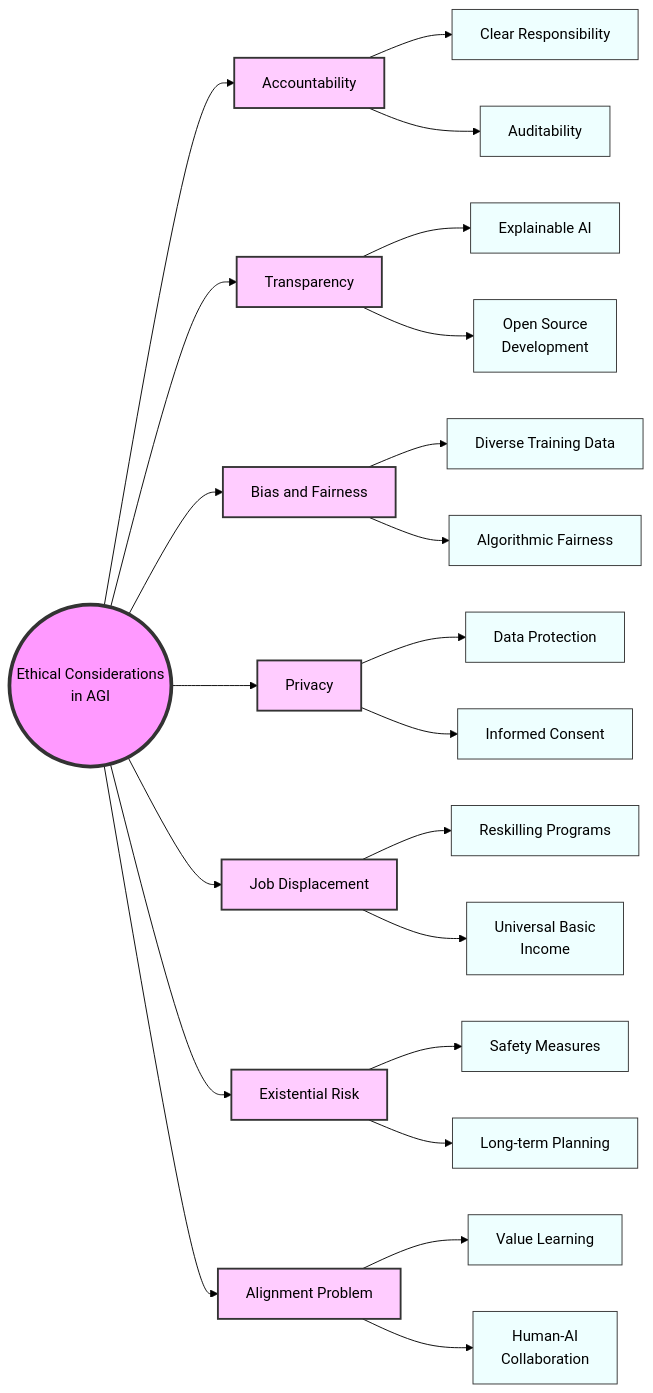
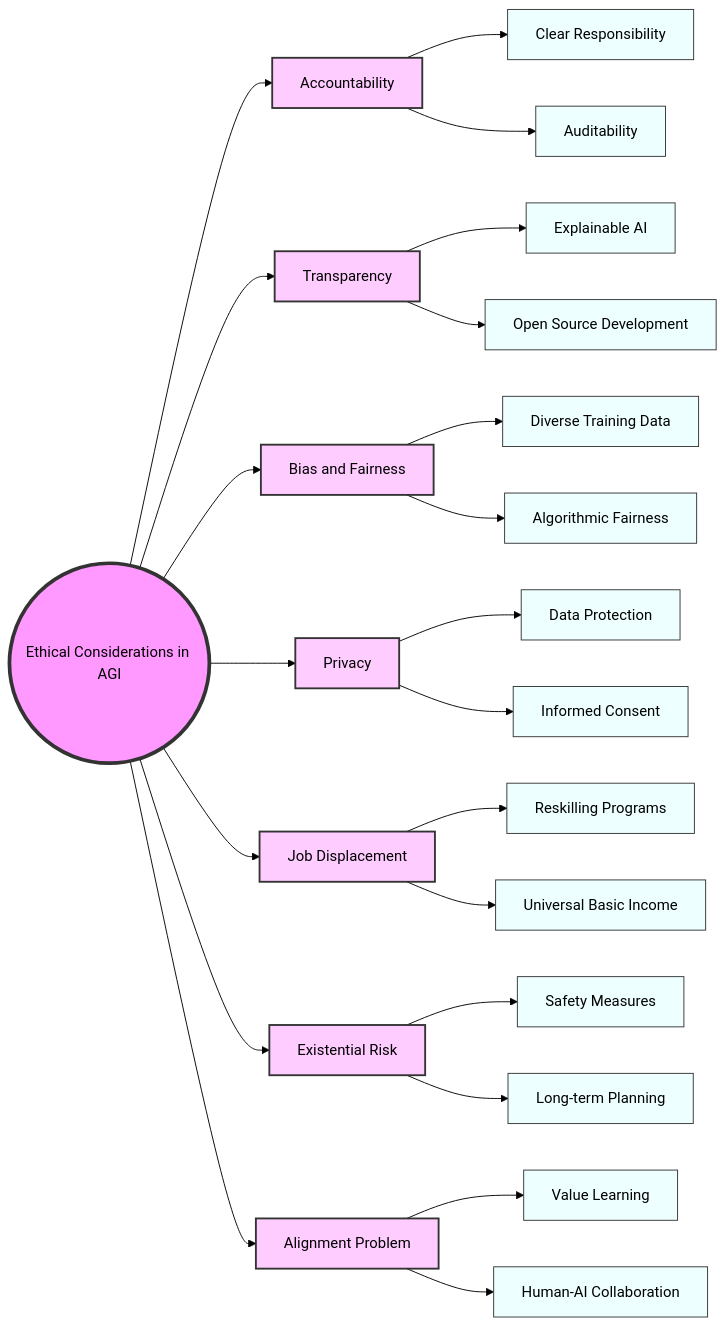
One commit to chenxingqiang/llm-course-chen changed the fourth of 5 diagrams in notebooks/md/lesson_01_Course_Overview2.md. Above: the diagram before and after it, drawn with Mermaid (forest theme). The commit also changed 216 other files, not shown here.

````diff
--- a/notebooks/md/lesson_01_Course_Overview2.md
+++ b/notebooks/md/lesson_01_Course_Overview2.md
@@ -662,48 +662,48 @@
 ```mermaid
 
 graph LR
-    A(("Ethical Considerations<br/>in AGI"))
+    A(("Ethical Considerations in AGI"))
 
     B["Accountability"]
     C["Transparency"]
     D["Bias and Fairness"]
     E["Privacy"]
     F["Job Displacement"]
     G["Existential Risk"]
     H["Alignment Problem"]
 
     A --> B & C & D & E & F & G & H
 
     B --> I["Clear Responsibility"]
     B --> J["Auditability"]
 
     C --> K["Explainable AI"]
-    C --> L["Open Source<br/>Development"]
+    C --> L["Open Source Development"]
 
     D --> M["Diverse Training Data"]
     D --> N["Algorithmic Fairness"]
 
     E --> O["Data Protection"]
     E --> P["Informed Consent"]
 
     F --> Q["Reskilling Programs"]
-    F --> R["Universal Basic<br/>Income"]
+    F --> R["Universal Basic Income"]
 
     G --> S["Safety Measures"]
     G --> T["Long-term Planning"]
 
     H --> U["Value Learning"]
-    H --> V["Human-AI<br/>Collaboration"]
+    H --> V["Human-AI Collaboration"]
 
     style A fill:#f9f,stroke:#333,stroke-width:4px
     style B fill:#fcf,stroke:#333,stroke-width:2px
     style C fill:#fcf,stroke:#333,stroke-width:2px
     style D fill:#fcf,stroke:#333,stroke-width:2px
     style E fill:#fcf,stroke:#333,stroke-width:2px
     style F fill:#fcf,stroke:#333,stroke-width:2px
     style G fill:#fcf,stroke:#333,stroke-width:2px
-     style H fill:#fcf,stroke:#333,stroke-width:2px
+    style H fill:#fcf,stroke:#333,stroke-width:2px
 
     classDef subTopic fill:#eff,stroke:#333,stroke-width:1px
     class I,J,K,L,M,N,O,P,Q,R,S,T,U,V subTopic
 ```
````
